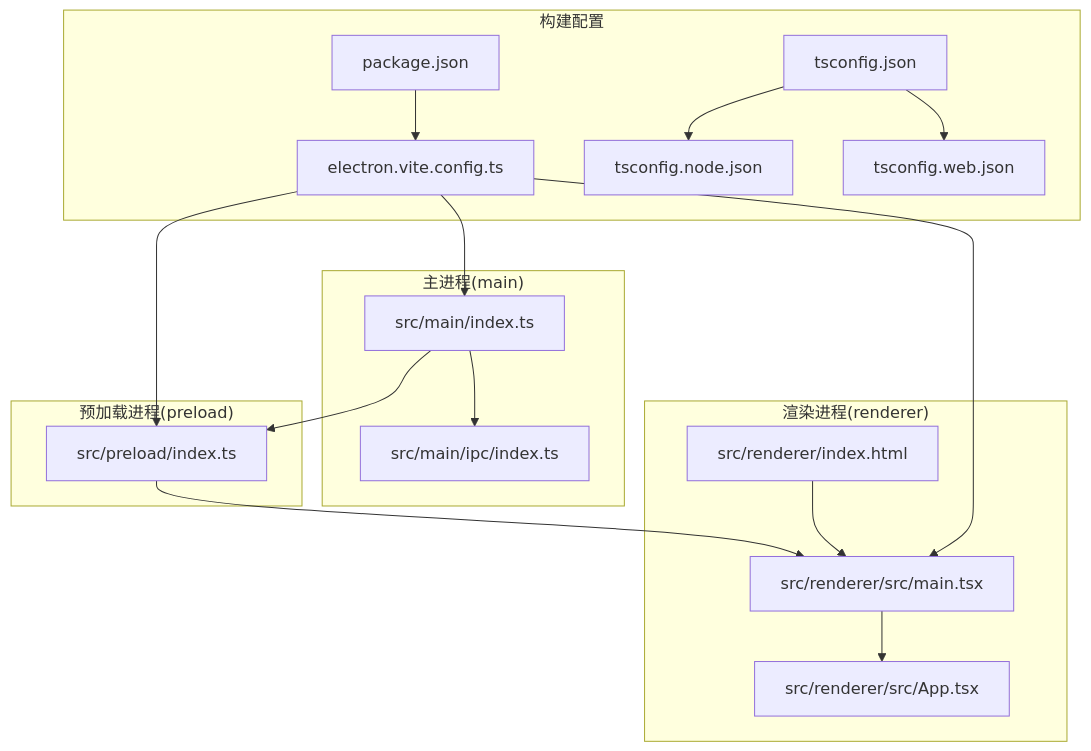
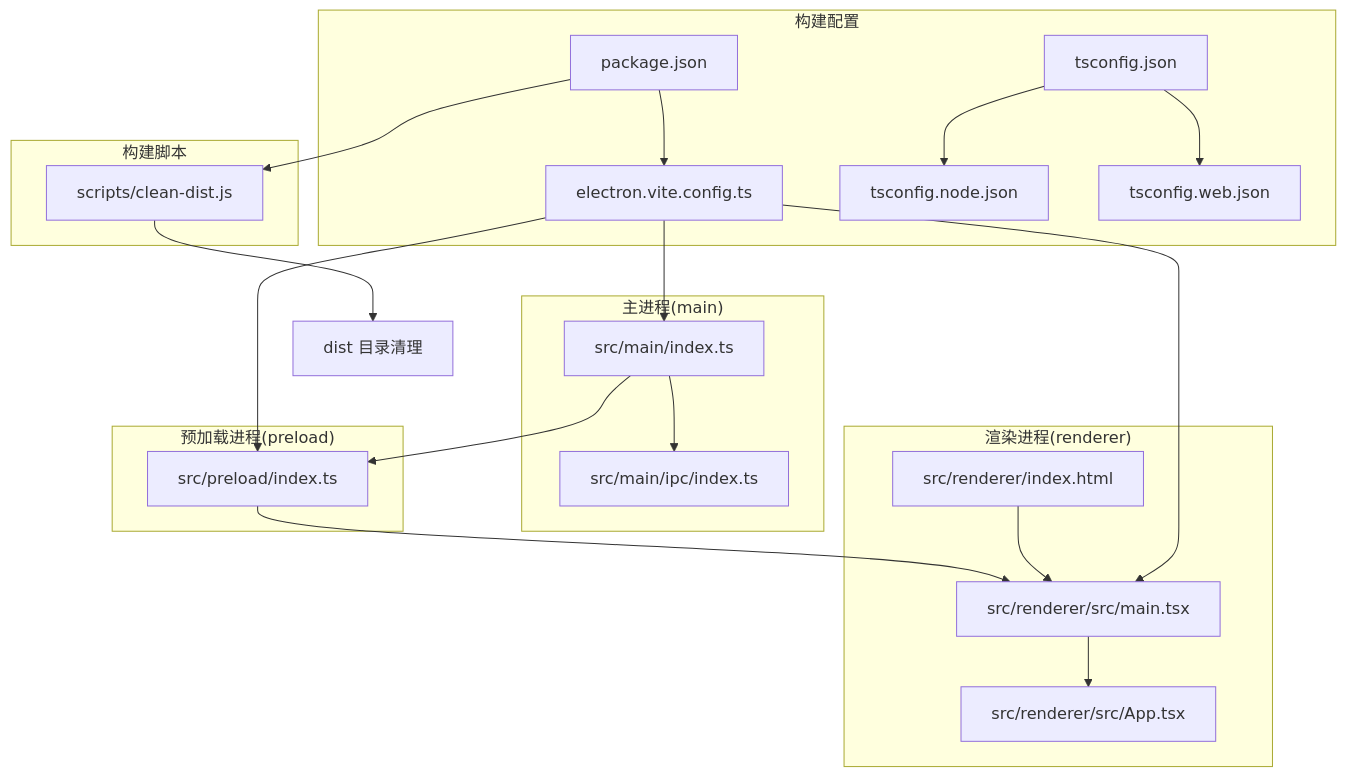
Before and after one commit to remgasuki/ReDoPhoto: the first of 8 diagrams in .qoder/repowiki/zh/content/配置与部署/构建配置.md, drawn with Mermaid. The commit also changed other lines of this file and 39 other files, not shown here.

````diff
--- a/.qoder/repowiki/zh/content/配置与部署/构建配置.md
+++ b/.qoder/repowiki/zh/content/配置与部署/构建配置.md
@@ -42,33 +44,38 @@
 ```mermaid
 graph TB
 subgraph "主进程(main)"
 M1["src/main/index.ts"]
 M2["src/main/ipc/index.ts"]
 end
 subgraph "预加载进程(preload)"
 P1["src/preload/index.ts"]
 end
 subgraph "渲染进程(renderer)"
 R1["src/renderer/src/main.tsx"]
 R2["src/renderer/src/App.tsx"]
 R3["src/renderer/index.html"]
 end
 subgraph "构建配置"
 C1["electron.vite.config.ts"]
 C2["tsconfig.json"]
 C3["tsconfig.node.json"]
 C4["tsconfig.web.json"]
 C5["package.json"]
 end
+subgraph "构建脚本"
+S1["scripts/clean-dist.js"]
+end
 M1 --> M2
 M1 --> P1
 P1 --> R1
 R1 --> R2
 R3 --> R1
 C1 --> M1
 C1 --> P1
 C1 --> R1
 C2 --> C3
 C2 --> C4
 C5 --> C1
+C5 --> S1
+S1 --> D1["dist 目录清理"]
 ```
````
